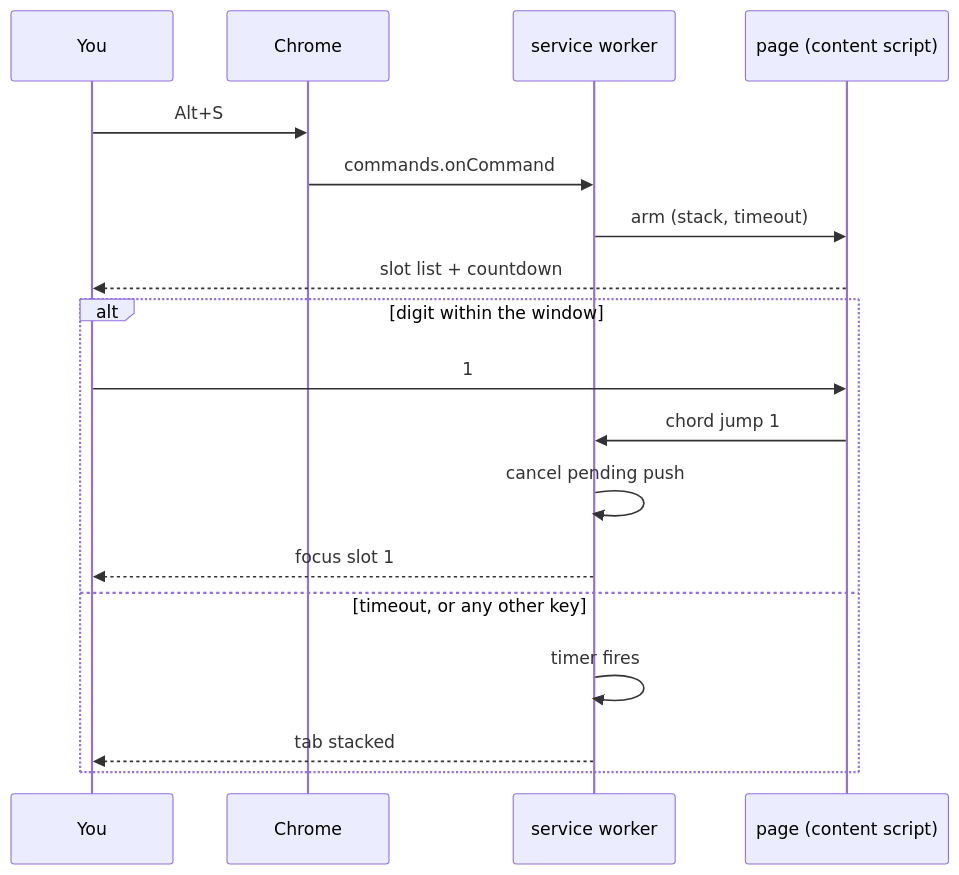
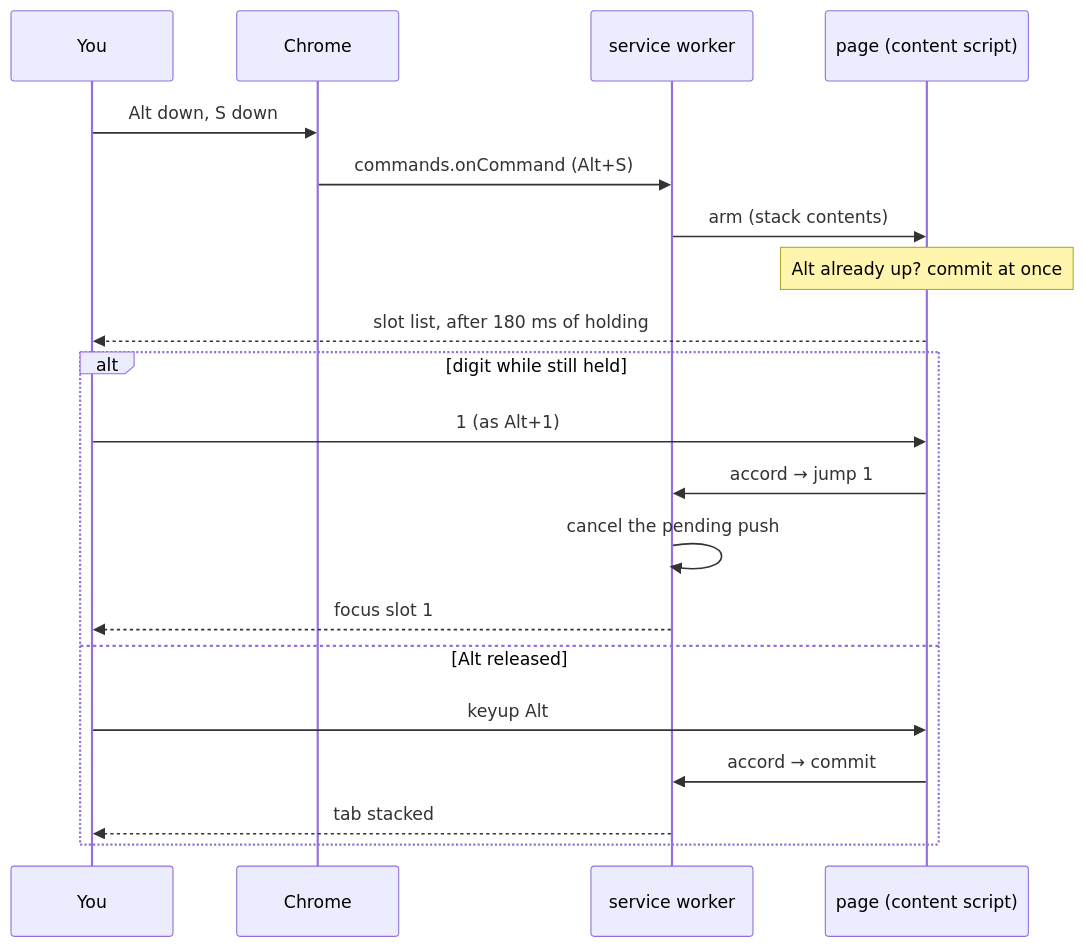
One commit to demian-overflow/tabstack changed the first of 4 diagrams in README.md. Above: the diagram before and after it, drawn with Mermaid. The commit also changed other lines of this file and 10 other files, not shown here.

First line of the commit message:
feat: make Alt+S a held accord rather than a key sequence

````diff
--- a/README.md
+++ b/README.md
@@ -49,21 +62,23 @@
 ```mermaid
 sequenceDiagram
     participant U as You
     participant C as Chrome
     participant SW as service worker
     participant P as page (content script)
 
-    U->>C: Alt+S
-    C->>SW: commands.onCommand
-    SW->>P: arm (stack, timeout)
-    P-->>U: slot list + countdown
-    alt digit within the window
-        U->>P: 1
-        P->>SW: chord jump 1
-        SW->>SW: cancel pending push
+    U->>C: Alt down, S down
+    C->>SW: commands.onCommand (Alt+S)
+    SW->>P: arm (stack contents)
+    Note over P: Alt already up? commit at once
+    P-->>U: slot list, after 180 ms of holding
+    alt digit while still held
+        U->>P: 1 (as Alt+1)
+        P->>SW: accord → jump 1
+        SW->>SW: cancel the pending push
         SW-->>U: focus slot 1
-    else timeout, or any other key
-        SW->>SW: timer fires
+    else Alt released
+        U->>P: keyup Alt
+        P->>SW: accord → commit
         SW-->>U: tab stacked
     end
 ```
````
